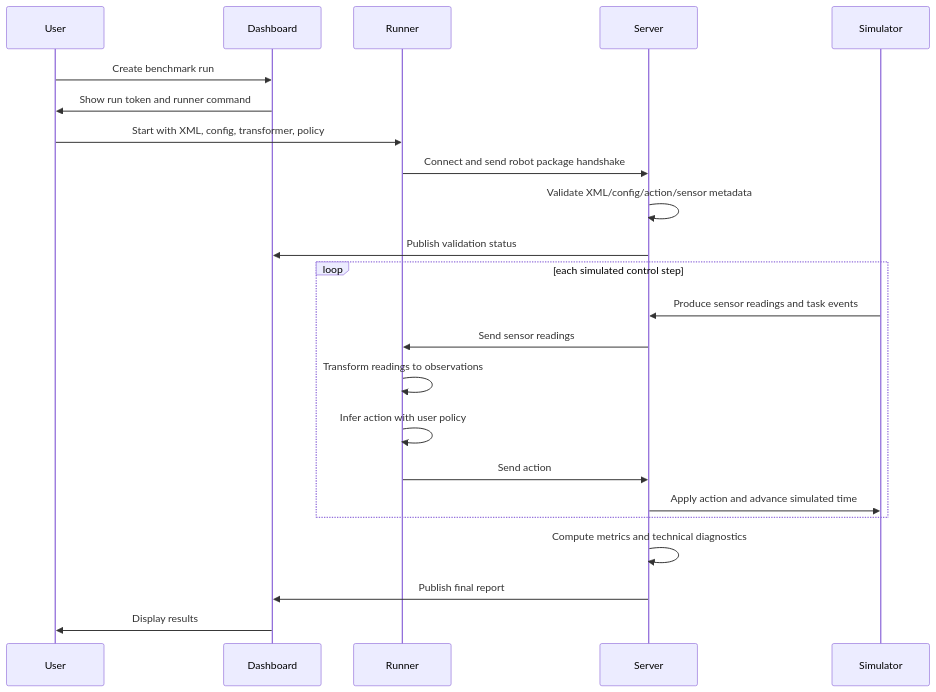
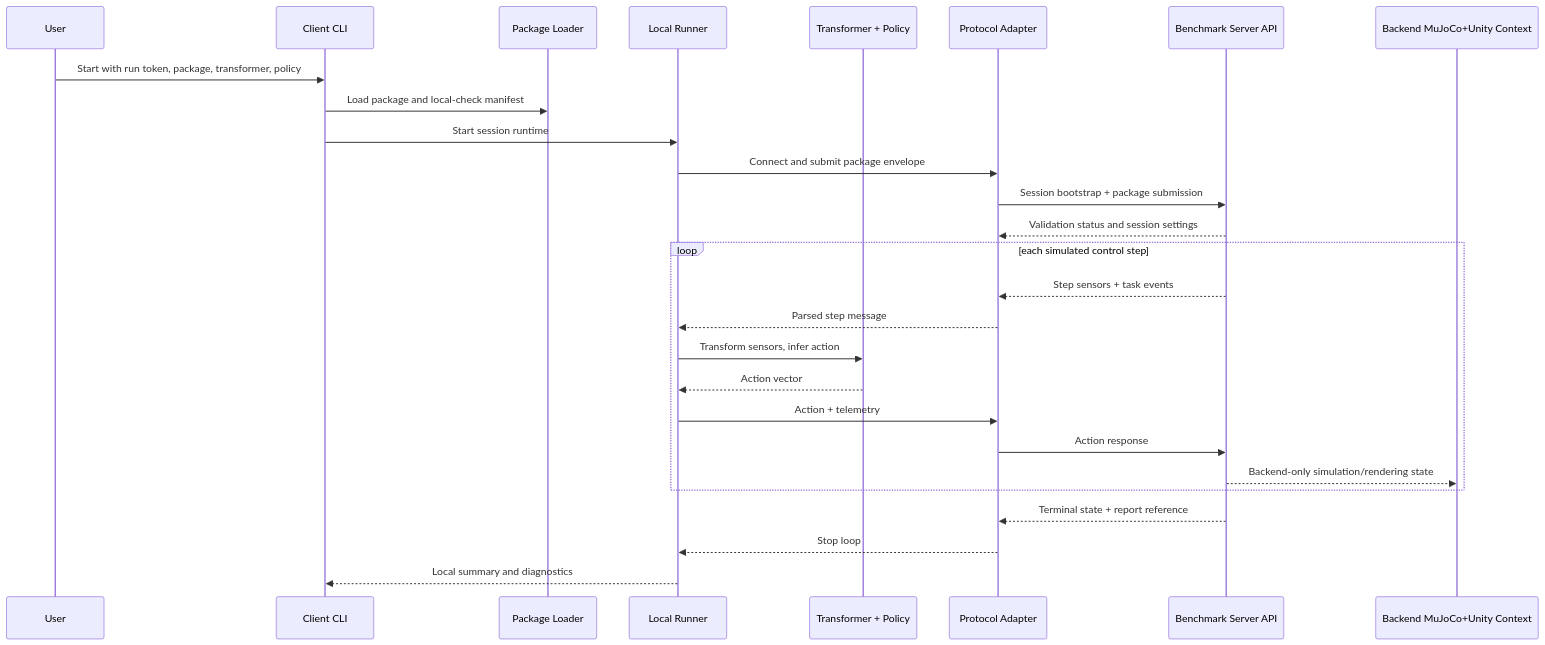
Before and after one commit to NicoDelle/asimovbm: the diagram in docs/plans/2026-04-29-001-feat-benchmark-client-architecture-plan.md, drawn with Mermaid. The commit also changed other lines of this file, not shown here.

Commit message:
final plan for client

````diff
--- a/docs/plans/2026-04-29-001-feat-benchmark-client-architecture-plan.md
+++ b/docs/plans/2026-04-29-001-feat-benchmark-client-architecture-plan.md
@@ -125,26 +156,30 @@
 ```mermaid
 sequenceDiagram
     participant User
-    participant Dashboard
-    participant Runner
-    participant Server
-    participant Simulator
+    participant CLI as Client CLI
+    participant Package as Package Loader
+    participant Runner as Local Runner
+    participant Policy as Transformer + Policy
+    participant API as Protocol Adapter
+    participant Server as Benchmark Server API
+    participant Render as Backend MuJoCo+Unity Context
 
-    User->>Dashboard: Create benchmark run
-    Dashboard->>User: Show run token and runner command
-    User->>Runner: Start with XML, config, transformer, policy
-    Runner->>Server: Connect and send robot package handshake
-    Server->>Server: Validate XML/config/action/sensor metadata
-    Server->>Dashboard: Publish validation status
+    User->>CLI: Start with run token, package, transformer, policy
+    CLI->>Package: Load package and local-check manifest
+    CLI->>Runner: Start session runtime
+    Runner->>API: Connect and submit package envelope
+    API->>Server: Session bootstrap + package submission
+    Server-->>API: Validation status and session settings
     loop each simulated control step
-        Simulator->>Server: Produce sensor readings and task events
-        Server->>Runner: Send sensor readings
-        Runner->>Runner: Transform readings to observations
-        Runner->>Runner: Infer action with user policy
-        Runner->>Server: Send action
-        Server->>Simulator: Apply action and advance simulated time
+        Server-->>API: Step sensors + task events
+        API-->>Runner: Parsed step message
+        Runner->>Policy: Transform sensors, infer action
+        Policy-->>Runner: Action vector
+        Runner->>API: Action + telemetry
+        API->>Server: Action response
+        Server-->>Render: Backend-only simulation/rendering state
     end
-    Server->>Server: Compute metrics and technical diagnostics
-    Server->>Dashboard: Publish final report
-    Dashboard->>User: Display results
+    Server-->>API: Terminal state + report reference
+    API-->>Runner: Stop loop
+    Runner-->>CLI: Local summary and diagnostics
 ```
````
